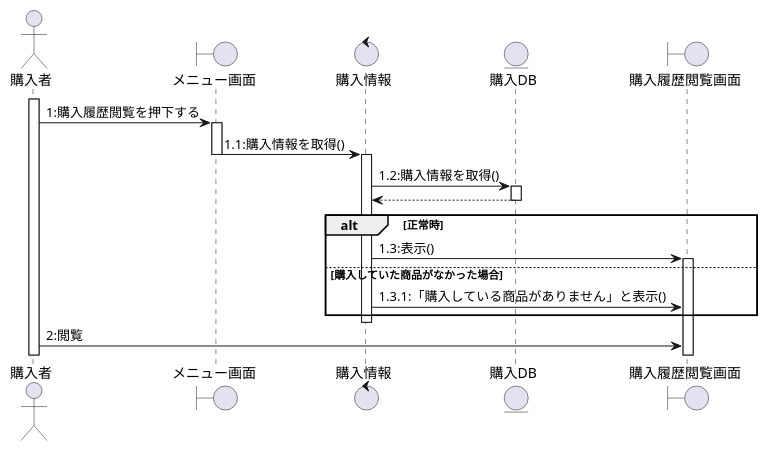
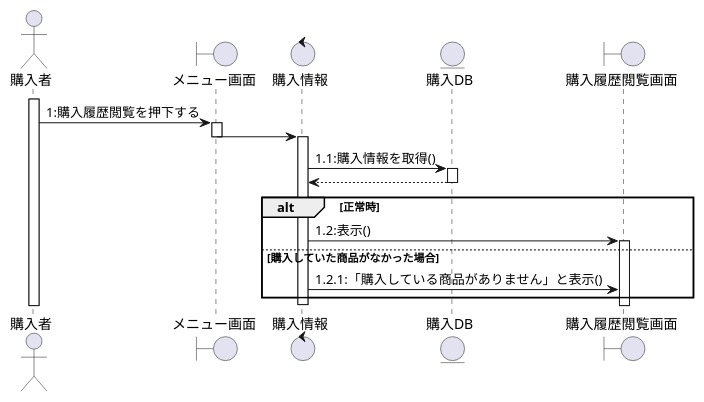
The diagram in シーケンス_購入者/購入履歴閲覧.puml (T-kouki/local-vege-link), drawn with PlantUML before and after one commit. The commit also changed 4 other files, not shown here.

```diff
--- a/シーケンス_購入者/購入履歴閲覧.puml
+++ b/シーケンス_購入者/購入履歴閲覧.puml
@@ -1,28 +1,28 @@
 @startuml
 
 actor 購入者
 boundary メニュー画面
 control 購入情報
 entity 購入DB
 boundary 購入履歴閲覧画面
 
 activate 購入者
 購入者 -> メニュー画面 :1:購入履歴閲覧を押下する
 activate メニュー画面
-メニュー画面 -> 購入情報:1.1:購入情報を取得()
+メニュー画面 -> 購入情報:
 deactivate メニュー画面
 activate 購入情報
-購入情報 -> 購入DB:1.2:購入情報を取得()
+購入情報 -> 購入DB:1.1:購入情報を取得()
 activate 購入DB
 購入DB --> 購入情報:
 deactivate 購入DB
 alt 正常時
-    購入情報 -> 購入履歴閲覧画面:1.3:表示()
+    購入情報 -> 購入履歴閲覧画面:1.2:表示()
     activate 購入履歴閲覧画面
 else 購入していた商品がなかった場合
-    購入情報 -> 購入履歴閲覧画面:1.3.1:「購入している商品がありません」と表示()
+    購入情報 -> 購入履歴閲覧画面:1.2.1:「購入している商品がありません」と表示()
 end
 deactivate 購入情報
-購入者 -> 購入履歴閲覧画面:2:閲覧
+
 
 @enduml
```
